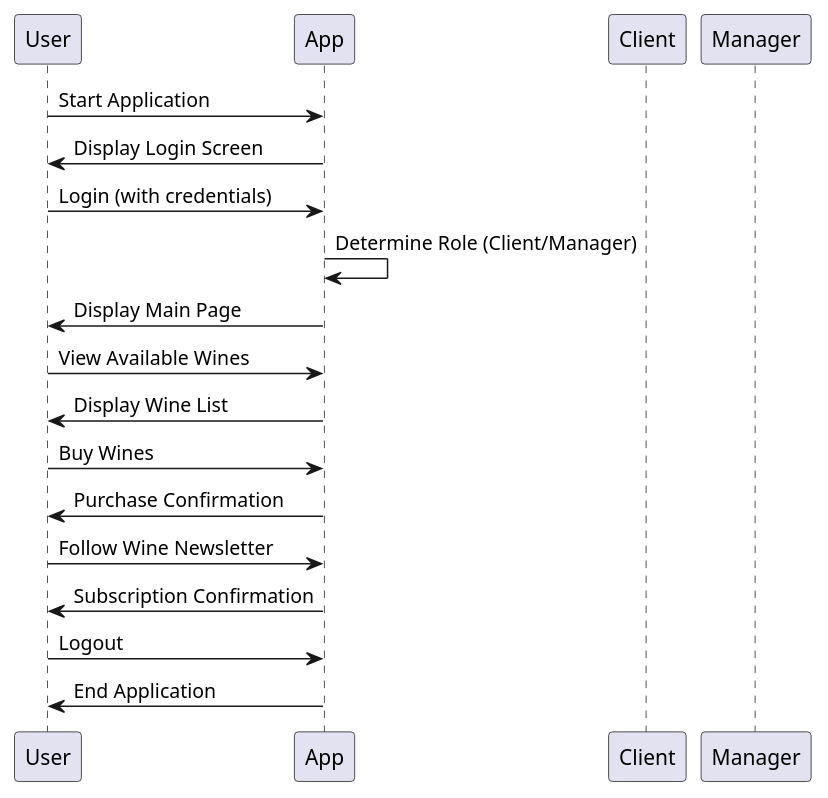
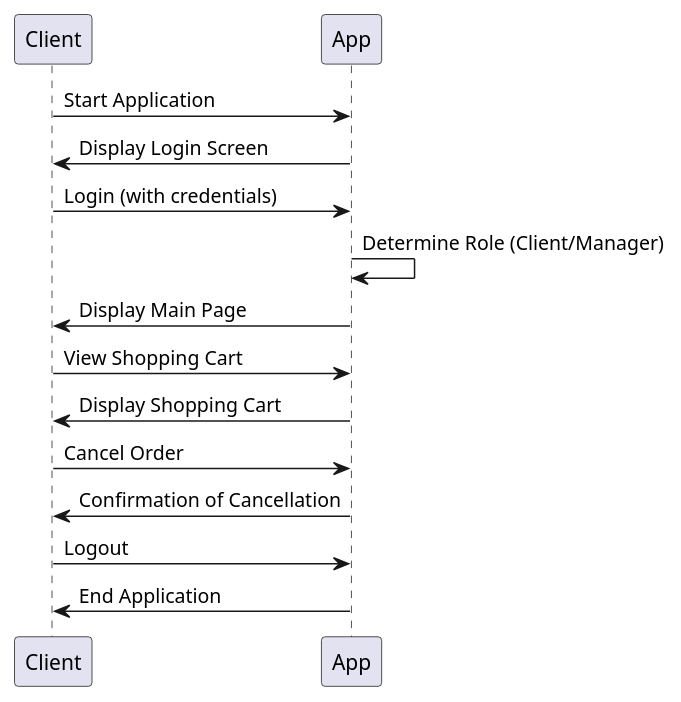
Before and after one commit to YehonatanFr/BarrelSnap: the diagram in UMLdiagram/BarrelSnap_SequenceDiagram.puml, drawn with PlantUML. The commit also changed 10 other files, not shown here.

Commit message:
added the diagram for the assignment in a seperate folder

```diff
--- a/UMLdiagram/BarrelSnap_SequenceDiagram.puml
+++ b/UMLdiagram/BarrelSnap_SequenceDiagram.puml
@@ -1,22 +1,18 @@
 @startuml BarrelSnap_SequenceDiagram
 
-participant User
+participant Client
 participant App
-participant Client
-participant Manager
 
-User -> App: Start Application
-App -> User: Display Login Screen
-User -> App: Login (with credentials)
+Client -> App: Start Application
+App -> Client: Display Login Screen
+Client -> App: Login (with credentials)
 App -> App: Determine Role (Client/Manager)
-App -> User: Display Main Page
-User -> App: View Available Wines
-App -> User: Display Wine List
-User -> App: Buy Wines
-App -> User: Purchase Confirmation
-User -> App: Follow Wine Newsletter
-App -> User: Subscription Confirmation
-User -> App: Logout
-App -> User: End Application
+App -> Client: Display Main Page
+Client -> App: View Shopping Cart
+App -> Client: Display Shopping Cart
+Client -> App: Cancel Order
+App -> Client: Confirmation of Cancellation
+Client -> App: Logout
+App -> Client: End Application
 
 @enduml
```
